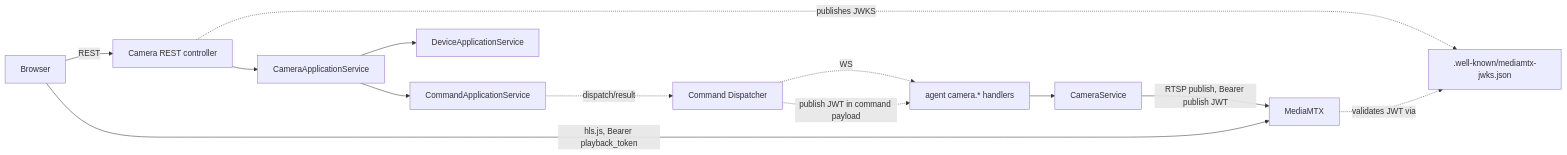
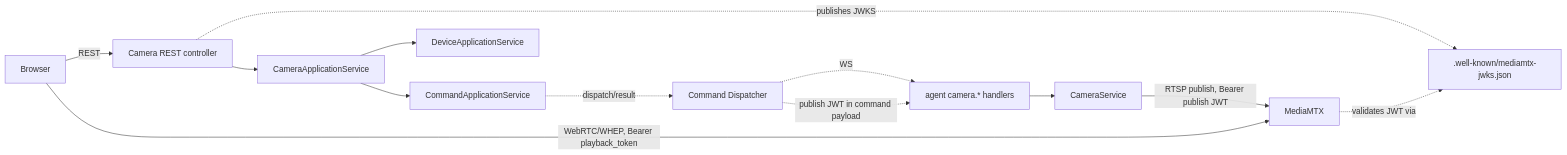
The third of 3 diagrams in docs/architecture/ARCHITECTURE.md (samene/samslab-home-automation), drawn with Mermaid before and after one commit. The commit also changed other lines of this file and 16 other files, not shown here.

First line of the commit message:
Replace HLS camera playback with WebRTC (WHEP) and fix cross-browser auth

````diff
--- a/docs/architecture/ARCHITECTURE.md
+++ b/docs/architecture/ARCHITECTURE.md
@@ -78,15 +78,15 @@
 ```mermaid
 flowchart LR
   Browser -->|REST| API[Camera REST controller]
   API --> CAS[CameraApplicationService]
   CAS --> CMD[CommandApplicationService]
   CAS --> DEV[DeviceApplicationService]
   CMD -.dispatch/result.-> Dispatcher[Command Dispatcher]
   Dispatcher -.WS.-> Agent[agent camera.* handlers]
   Agent --> CamSvc[CameraService]
   CamSvc -->|RTSP publish, Bearer publish JWT| MediaMTX
-  Browser -->|hls.js, Bearer playback_token| MediaMTX
+  Browser -->|WebRTC/WHEP, Bearer playback_token| MediaMTX
   API -.publishes JWKS.-> JWKS[".well-known/mediamtx-jwks.json"]
   MediaMTX -.validates JWT via.-> JWKS
   Dispatcher -.publish JWT in command payload.-> Agent
 ```
````
